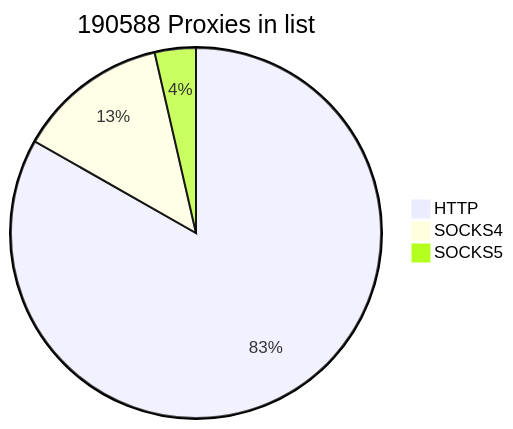
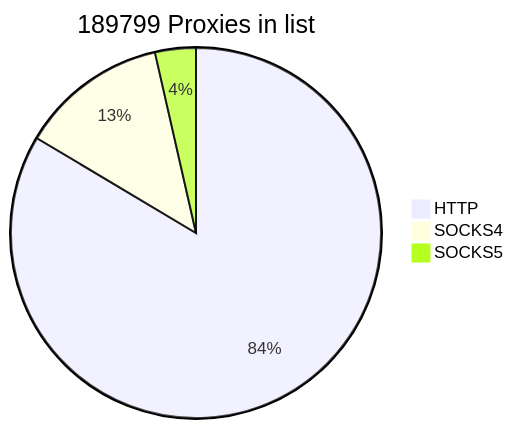
The first of 2 diagrams in README.md (cutipu/proxylist), drawn with Mermaid before and after one commit. The commit also changed other lines of this file, not shown here.

````diff
--- a/README.md
+++ b/README.md
@@ -2,7 +2,7 @@
 ```mermaid
-pie title 190588 Proxies in list
-    "HTTP" : 158615
-    "SOCKS4" : 25133
-    "SOCKS5" : 6840
+pie title 189799 Proxies in list
+    "HTTP" : 158588
+    "SOCKS4" : 24452
+    "SOCKS5" : 6759
             
 ```
````
